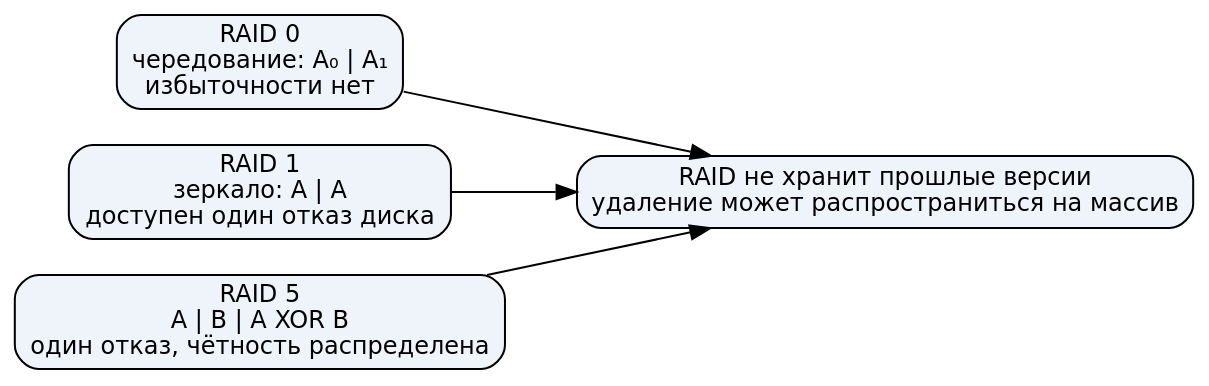
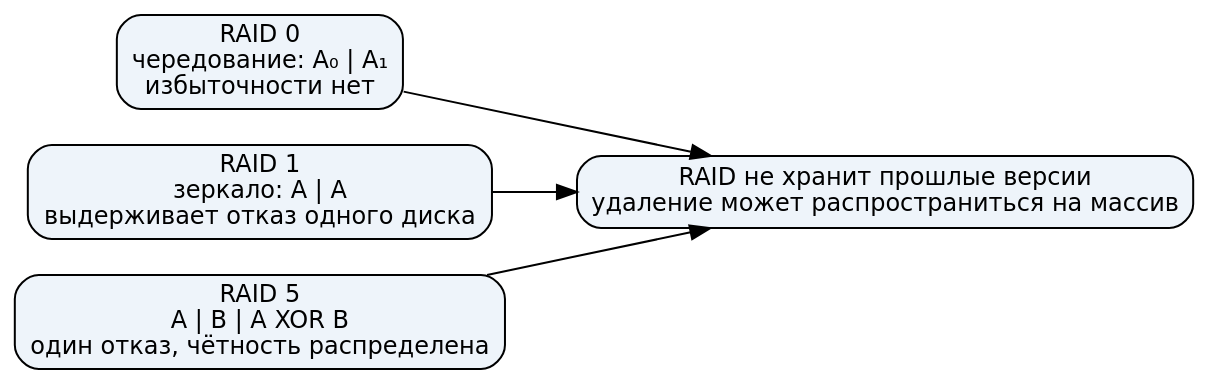
One commit to BSU-RFCT-Afonenko-Courses/Cybersecurity changed the diagram in shared/visualizations/data-integrity/graphs/raid.dot. Above: the diagram before and after it, drawn with Graphviz. The commit also changed 25 other files, not shown here.

```diff
--- a/shared/visualizations/data-integrity/graphs/raid.dot
+++ b/shared/visualizations/data-integrity/graphs/raid.dot
@@ -1,12 +1,12 @@
 digraph G {
  graph [rankdir=LR, bgcolor="transparent", pad="0.2", splines=polyline];
  node [shape=box, style="rounded,filled", fillcolor="#eef4fa", fontname="DejaVu Sans", fontsize=12];
  edge [fontname="DejaVu Sans", fontsize=10];
  "n0" [id="n0", label="RAID 0\nчередование: A₀ | A₁\nизбыточности нет"];
- "n1" [id="n1", label="RAID 1\nзеркало: A | A\nдоступен один отказ диска"];
+ "n1" [id="n1", label="RAID 1\nзеркало: A | A\nвыдерживает отказ одного диска"];
  "n2" [id="n2", label="RAID 5\nA | B | A XOR B\nодин отказ, чётность распределена"];
  "n3" [id="n3", label="RAID не хранит прошлые версии\nудаление может распространиться на массив"];
  "n0" -> "n3" [label=""];
  "n1" -> "n3" [label=""];
  "n2" -> "n3" [label=""];
 }
```
